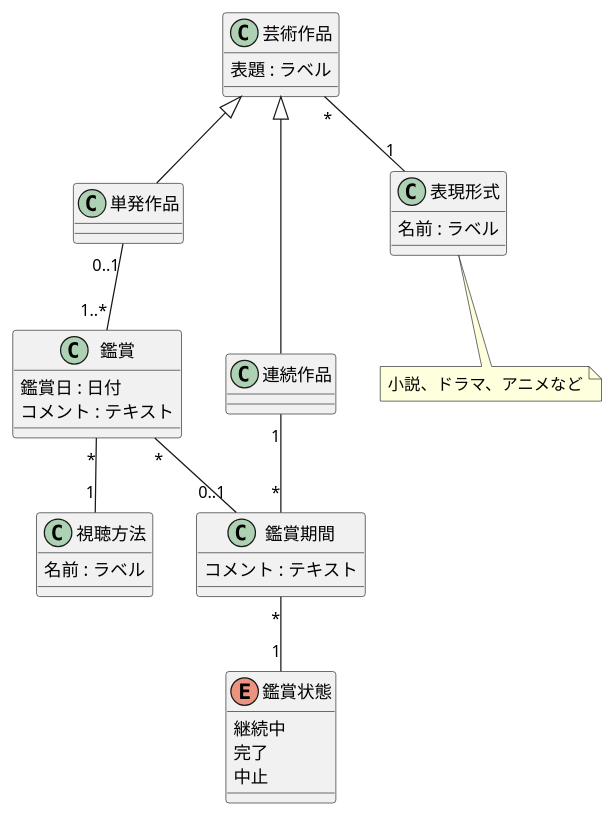
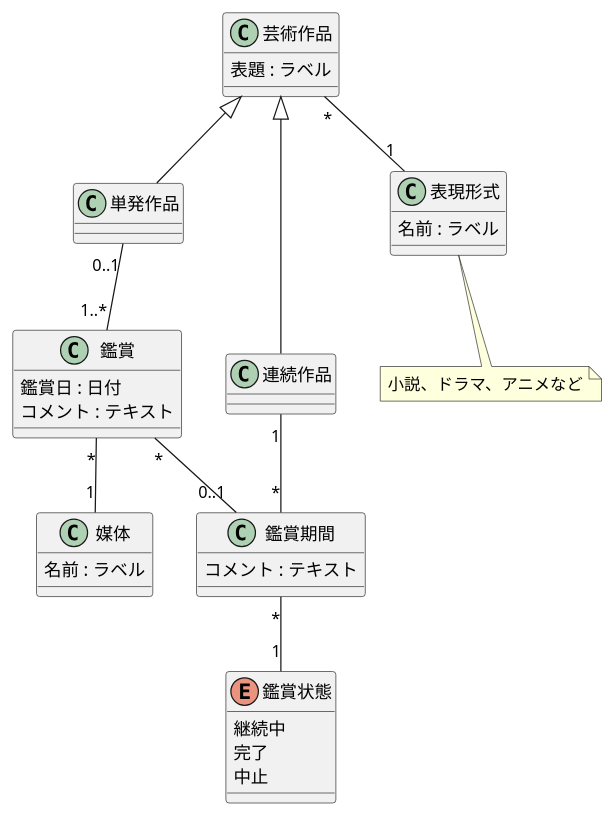
One commit to solidcopy/pridia changed the second of 14 diagrams in doc/source/entity/index.rst. Above: the diagram before and after it, drawn with PlantUML. The commit also changed other lines of this file and 2 other files, not shown here.

```diff
--- a/doc/source/entity/index.rst
+++ b/doc/source/entity/index.rst
@@ -94,42 +94,42 @@
 .. uml::
 
    class 芸術作品 {
      表題 : ラベル
    }
 
    class 単発作品 extends 芸術作品 {
    }
 
    class 連続作品 extends 芸術作品 {
    }
 
    class 鑑賞 {
      鑑賞日 : 日付
      コメント : テキスト
    }
    単発作品 "0..1" -- "1..*" 鑑賞
 
-   class 視聴方法 {
+   class 媒体 {
      名前 : ラベル
    }
-   鑑賞 "*" -- "1" 視聴方法
+   鑑賞 "*" -- "1" 媒体
 
    class 表現形式 {
      名前 : ラベル
    }
    芸術作品 "*" -- "1" 表現形式
    note "小説、ドラマ、アニメなど" as 表現形式コメント
    表現形式 .. 表現形式コメント
 
    class 鑑賞期間 {
      コメント : テキスト
    }
    連続作品 "1" -- "*" 鑑賞期間
    鑑賞 "*" -- "0..1" 鑑賞期間
 
    enum 鑑賞状態 {
      継続中
      完了
      中止
    }
    鑑賞期間 "*" -- "1" 鑑賞状態
```
